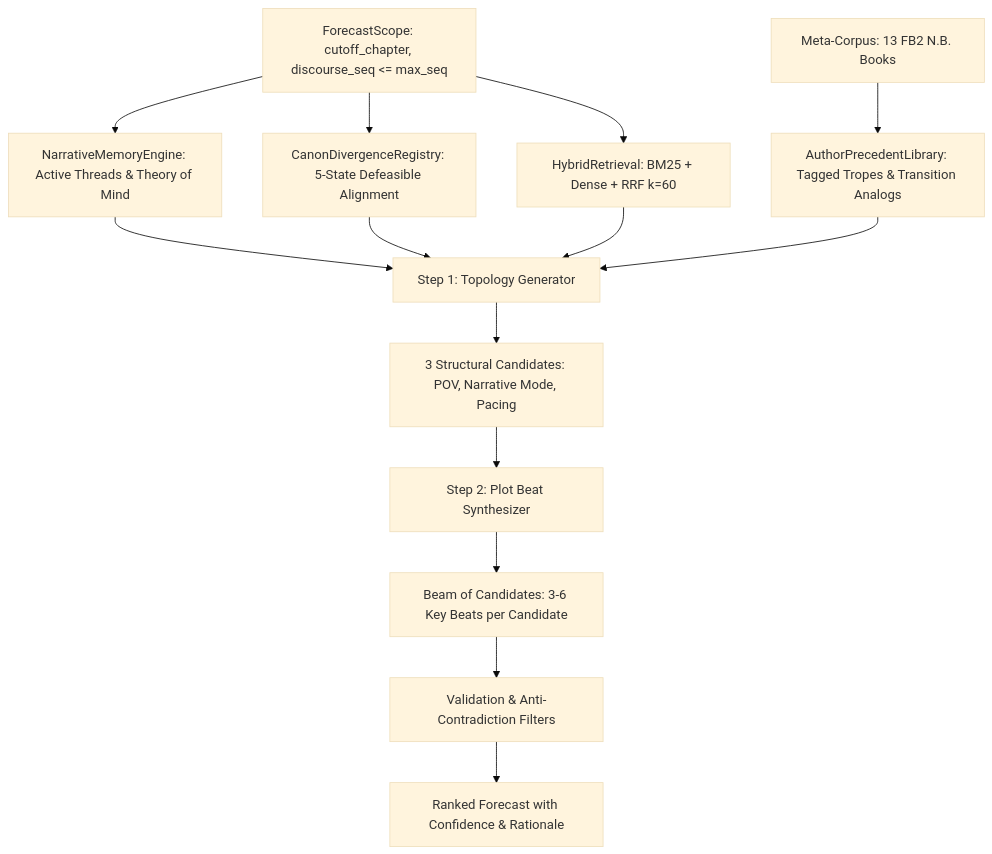
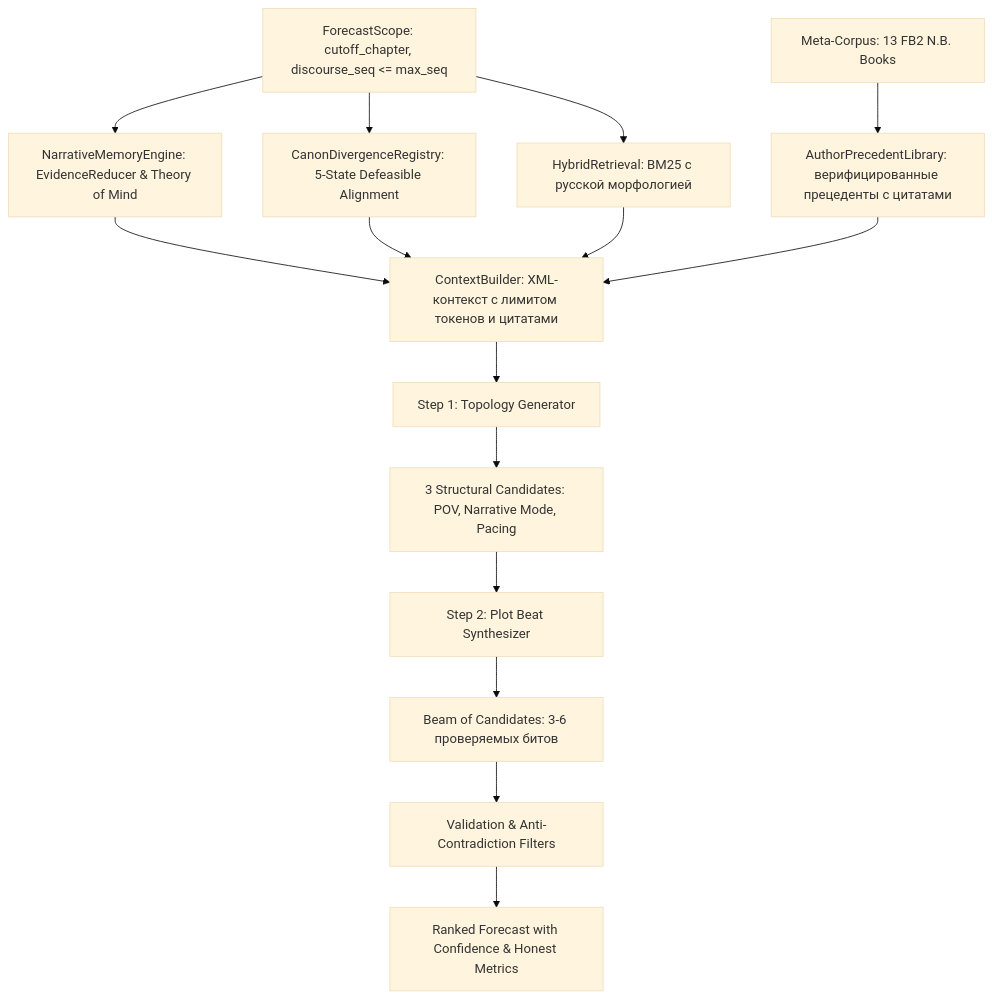
Before and after one commit to kok-o/story-forecaster: the first of 2 diagrams in docs/architecture.md, drawn with Mermaid (base theme). The commit also changed other lines of this file and 3 other files, not shown here.

First line of the commit message:
docs: update README, architecture, runbook, and bump version to 1.0.0

````diff
--- a/docs/architecture.md
+++ b/docs/architecture.md
@@ -46,14 +58,15 @@
 ```mermaid
 flowchart TD
-    Scope[ForecastScope: cutoff_chapter, discourse_seq <= max_seq] --> Memory[NarrativeMemoryEngine: Active Threads & Theory of Mind]
+    Scope[ForecastScope: cutoff_chapter, discourse_seq <= max_seq] --> Memory[NarrativeMemoryEngine: EvidenceReducer & Theory of Mind]
     Scope --> Canon[CanonDivergenceRegistry: 5-State Defeasible Alignment]
-    Scope --> Retrieval[HybridRetrieval: BM25 + Dense + RRF k=60]
-    MetaCorpus[Meta-Corpus: 13 FB2 N.B. Books] --> Precedents[AuthorPrecedentLibrary: Tagged Tropes & Transition Analogs]
+    Scope --> Retrieval[HybridRetrieval: BM25 с русской морфологией]
+    MetaCorpus[Meta-Corpus: 13 FB2 N.B. Books] --> Precedents[AuthorPrecedentLibrary: верифицированные прецеденты с цитатами]
 
-    Memory & Canon & Retrieval & Precedents --> Step1[Step 1: Topology Generator]
+    Memory & Canon & Retrieval & Precedents --> Context[ContextBuilder: XML-контекст с лимитом токенов и цитатами]
+    Context --> Step1[Step 1: Topology Generator]
     Step1 --> Topologies[3 Structural Candidates: POV, Narrative Mode, Pacing]
     Topologies --> Step2[Step 2: Plot Beat Synthesizer]
-    Step2 --> Candidates[Beam of Candidates: 3-6 Key Beats per Candidate]
+    Step2 --> Candidates[Beam of Candidates: 3-6 проверяемых битов]
     Candidates --> Verification[Validation & Anti-Contradiction Filters]
-    Verification --> Output[Ranked Forecast with Confidence & Rationale]
+    Verification --> Output[Ranked Forecast with Confidence & Honest Metrics]
 ```
````
